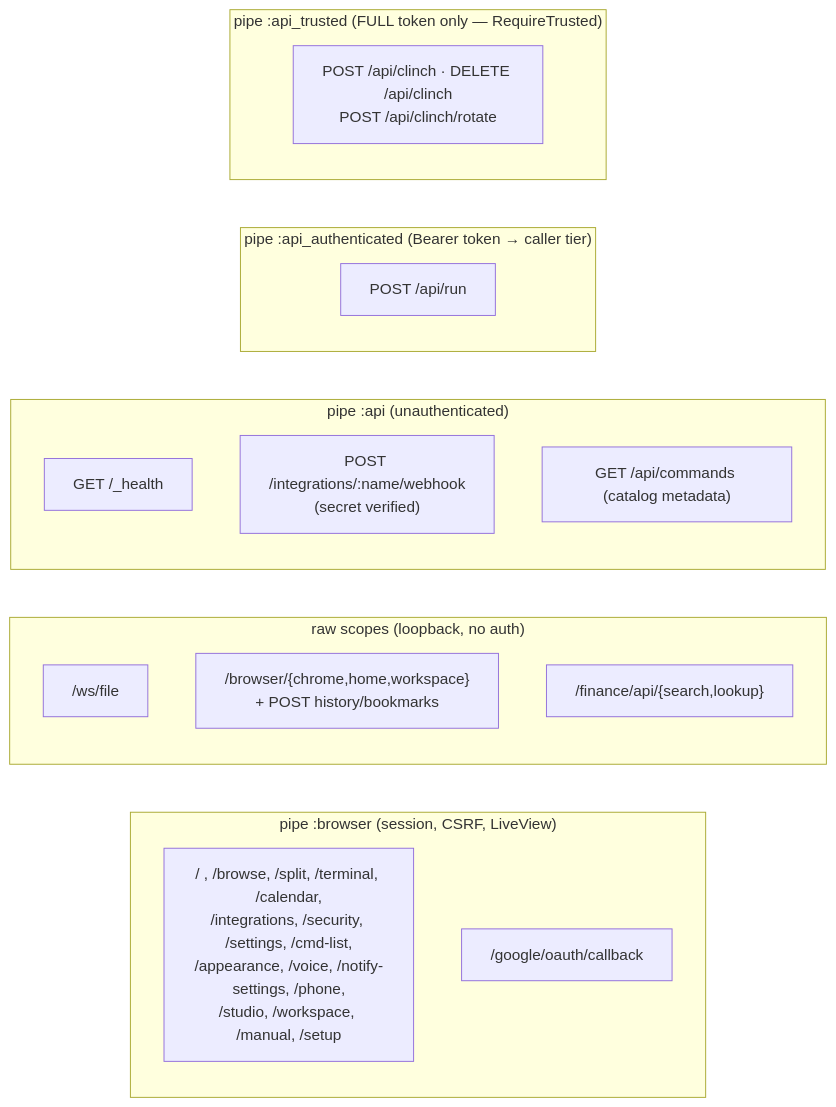
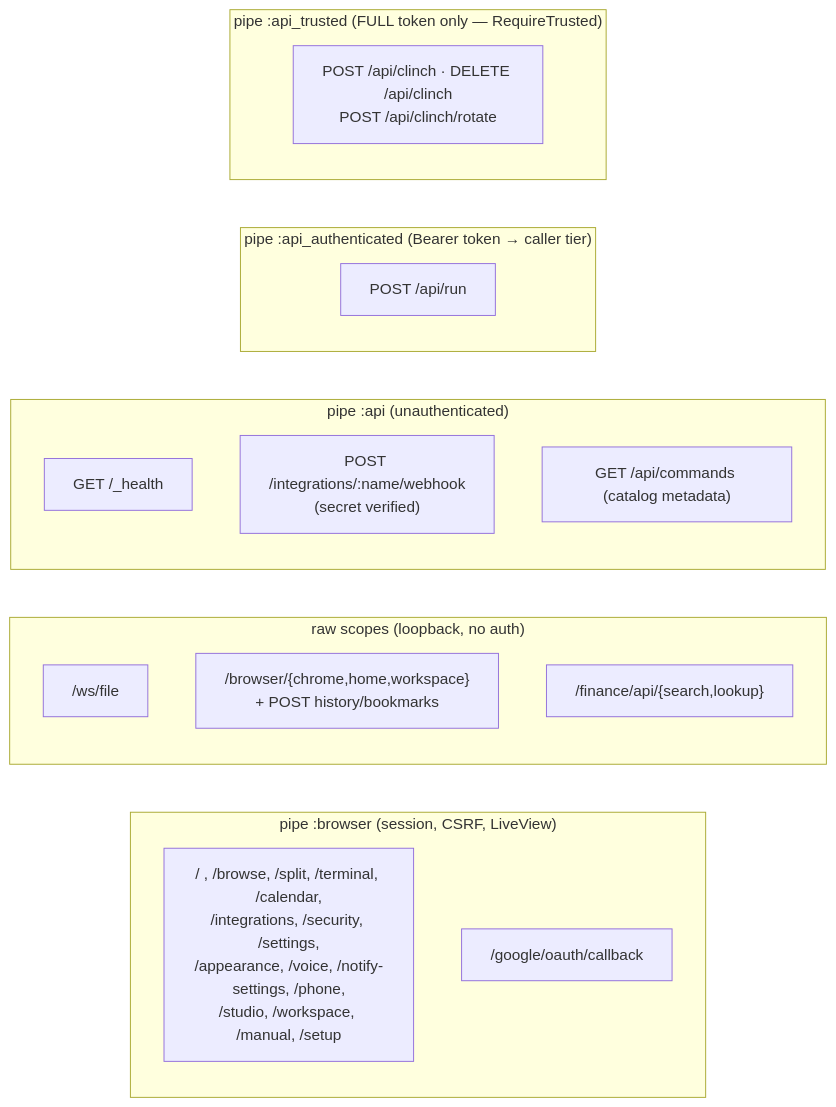
One commit to hightowerbuilds/buster-claw changed the eighth of 8 diagrams in docs/UML.md. Above: the diagram before and after it, drawn with Mermaid. The commit also changed 22 other files, not shown here.

First line of the commit message:
feat(settings): remove the Cmd List — skills are how commands get made now

````diff
--- a/docs/UML.md
+++ b/docs/UML.md
@@ -348,23 +348,23 @@
 ```mermaid
 flowchart LR
     subgraph browser["pipe :browser (session, CSRF, LiveView)"]
-        R1["/ , /browse, /split, /terminal, /calendar,<br/>/integrations, /security, /settings, /cmd-list,<br/>/appearance, /voice, /notify-settings, /phone,<br/>/studio, /workspace, /manual, /setup"]
+        R1["/ , /browse, /split, /terminal, /calendar,<br/>/integrations, /security, /settings,<br/>/appearance, /voice, /notify-settings, /phone,<br/>/studio, /workspace, /manual, /setup"]
         R2["/google/oauth/callback"]
     end
     subgraph raw["raw scopes (loopback, no auth)"]
         W1["/ws/file"]
         W2["/browser/{chrome,home,workspace}<br/>+ POST history/bookmarks"]
         W3["/finance/api/{search,lookup}"]
     end
     subgraph api["pipe :api (unauthenticated)"]
         H1["GET /_health"]
         H2["POST /integrations/:name/webhook<br/>(secret verified)"]
         H4["GET /api/commands (catalog metadata)"]
     end
     subgraph auth["pipe :api_authenticated (Bearer token → caller tier)"]
         A1["POST /api/run"]
     end
     subgraph trusted["pipe :api_trusted (FULL token only — RequireTrusted)"]
         C1["POST /api/clinch · DELETE /api/clinch<br/>POST /api/clinch/rotate"]
     end
 ```
````
